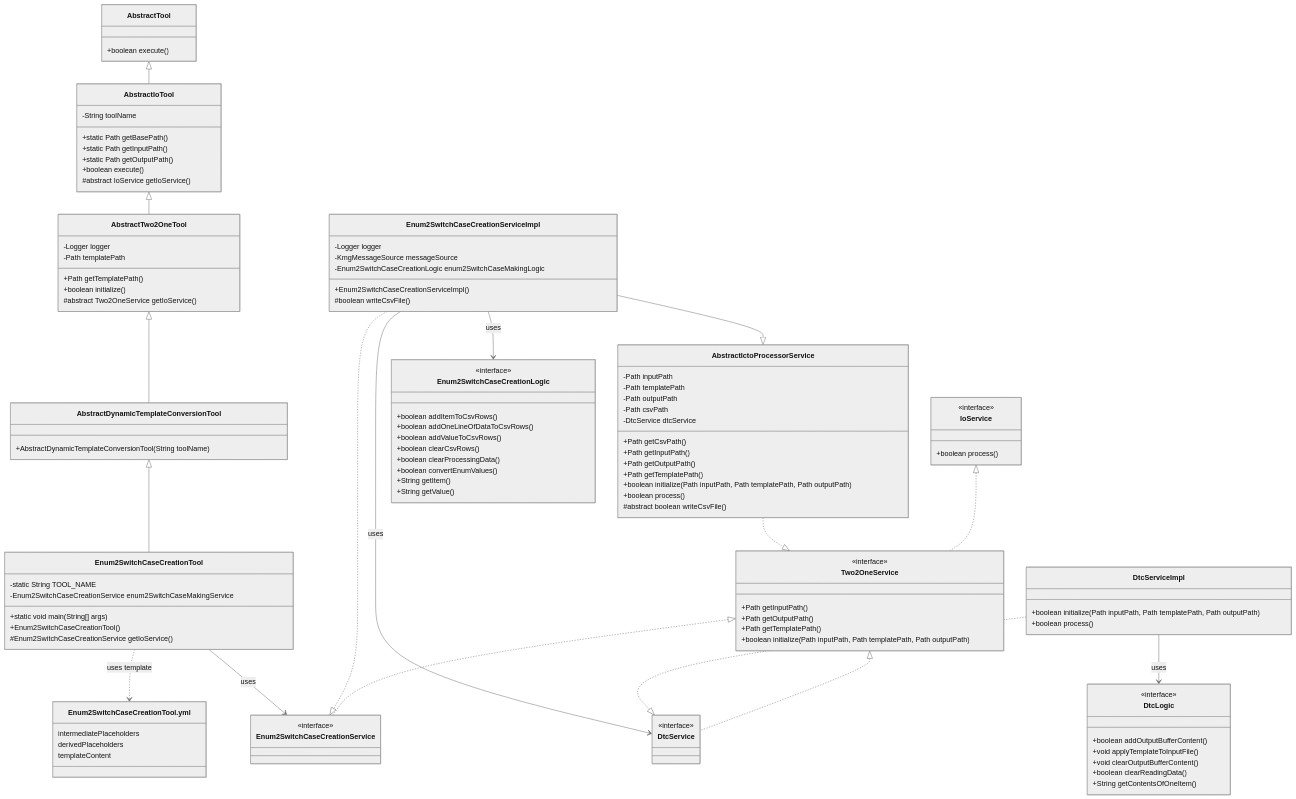
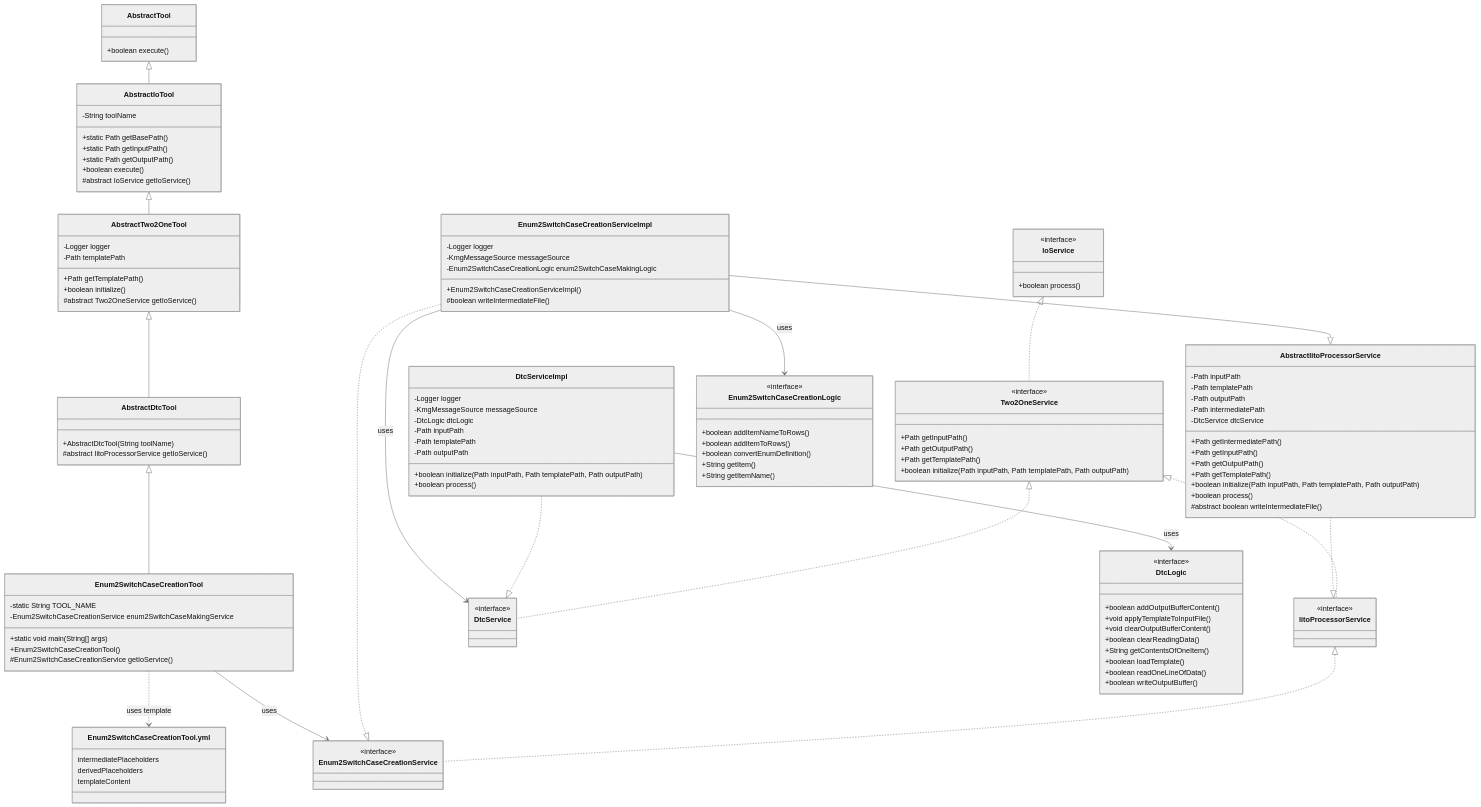
One commit to KenichiroArai/kmg-tool-base changed the first of 2 diagrams in doc/設計書/列挙型からcase文作成ツールの設計図.md. Above: the diagram before and after it, drawn with Mermaid (neutral theme). The commit also changed other lines of this file, not shown here.

```diff
--- a/doc/設計書/列挙型からcase文作成ツールの設計図.md
+++ b/doc/設計書/列挙型からcase文作成ツールの設計図.md
@@ -7,17 +7,18 @@
     %% 継承関係
     AbstractTool <|-- AbstractIoTool
     AbstractIoTool <|-- AbstractTwo2OneTool
-    AbstractTwo2OneTool <|-- AbstractDynamicTemplateConversionTool
-    AbstractDynamicTemplateConversionTool <|-- Enum2SwitchCaseCreationTool
+    AbstractTwo2OneTool <|-- AbstractDtcTool
+    AbstractDtcTool <|-- Enum2SwitchCaseCreationTool
 
     %% インターフェース実装関係
     IoService <|.. Two2OneService
+    Two2OneService <|.. IitoProcessorService
+    IitoProcessorService <|.. Enum2SwitchCaseCreationService
     Two2OneService <|.. DtcService
-    Two2OneService <|.. Enum2SwitchCaseCreationService
 
     %% サービス実装関係
-    AbstractIctoProcessorService ..|> Two2OneService
-    Enum2SwitchCaseCreationServiceImpl --|> AbstractIctoProcessorService
+    AbstractIitoProcessorService ..|> IitoProcessorService
+    Enum2SwitchCaseCreationServiceImpl --|> AbstractIitoProcessorService
     Enum2SwitchCaseCreationServiceImpl ..|> Enum2SwitchCaseCreationService
     DtcServiceImpl ..|> DtcService
 
@@ -51,8 +52,9 @@
         #abstract Two2OneService getIoService()
     }
 
-    class AbstractDynamicTemplateConversionTool {
-        +AbstractDynamicTemplateConversionTool(String toolName)
+    class AbstractDtcTool {
+        +AbstractDtcTool(String toolName)
+        #abstract IitoProcessorService getIoService()
     }
 
     class Enum2SwitchCaseCreationTool {
@@ -76,6 +78,10 @@
         +boolean initialize(Path inputPath, Path templatePath, Path outputPath)
     }
 
+    class IitoProcessorService {
+        <<interface>>
+    }
+
     class Enum2SwitchCaseCreationService {
         <<interface>>
     }
@@ -84,19 +90,19 @@
         <<interface>>
     }
 
-    class AbstractIctoProcessorService {
+    class AbstractIitoProcessorService {
         -Path inputPath
         -Path templatePath
         -Path outputPath
-        -Path csvPath
+        -Path intermediatePath
         -DtcService dtcService
-        +Path getCsvPath()
+        +Path getIntermediatePath()
         +Path getInputPath()
         +Path getOutputPath()
         +Path getTemplatePath()
         +boolean initialize(Path inputPath, Path templatePath, Path outputPath)
         +boolean process()
-        #abstract boolean writeCsvFile()
+        #abstract boolean writeIntermediateFile()
     }
 
     class Enum2SwitchCaseCreationServiceImpl {
@@ -104,24 +110,27 @@
         -KmgMessageSource messageSource
         -Enum2SwitchCaseCreationLogic enum2SwitchCaseMakingLogic
         +Enum2SwitchCaseCreationServiceImpl()
-        #boolean writeCsvFile()
+        #boolean writeIntermediateFile()
     }
 
     class DtcServiceImpl {
+        -Logger logger
+        -KmgMessageSource messageSource
+        -DtcLogic dtcLogic
+        -Path inputPath
+        -Path templatePath
+        -Path outputPath
         +boolean initialize(Path inputPath, Path templatePath, Path outputPath)
         +boolean process()
     }
 
     class Enum2SwitchCaseCreationLogic {
         <<interface>>
-        +boolean addItemToCsvRows()
-        +boolean addOneLineOfDataToCsvRows()
-        +boolean addValueToCsvRows()
-        +boolean clearCsvRows()
-        +boolean clearProcessingData()
-        +boolean convertEnumValues()
+        +boolean addItemNameToRows()
+        +boolean addItemToRows()
+        +boolean convertEnumDefinition()
         +String getItem()
-        +String getValue()
+        +String getItemName()
     }
 
     class DtcLogic {
@@ -131,6 +140,9 @@
         +void clearOutputBufferContent()
         +boolean clearReadingData()
         +String getContentsOfOneItem()
+        +boolean loadTemplate()
+        +boolean readOneLineOfData()
+        +boolean writeOutputBuffer()
     }
 
     class Enum2SwitchCaseCreationTool.yml {
```
